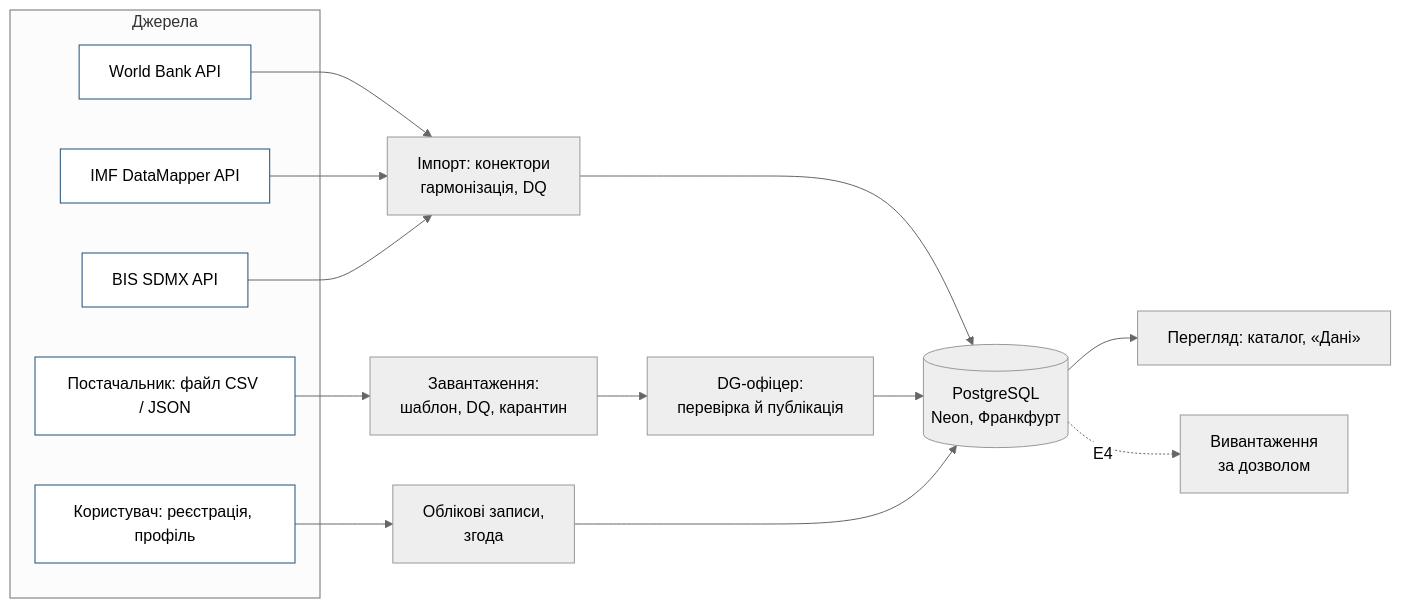
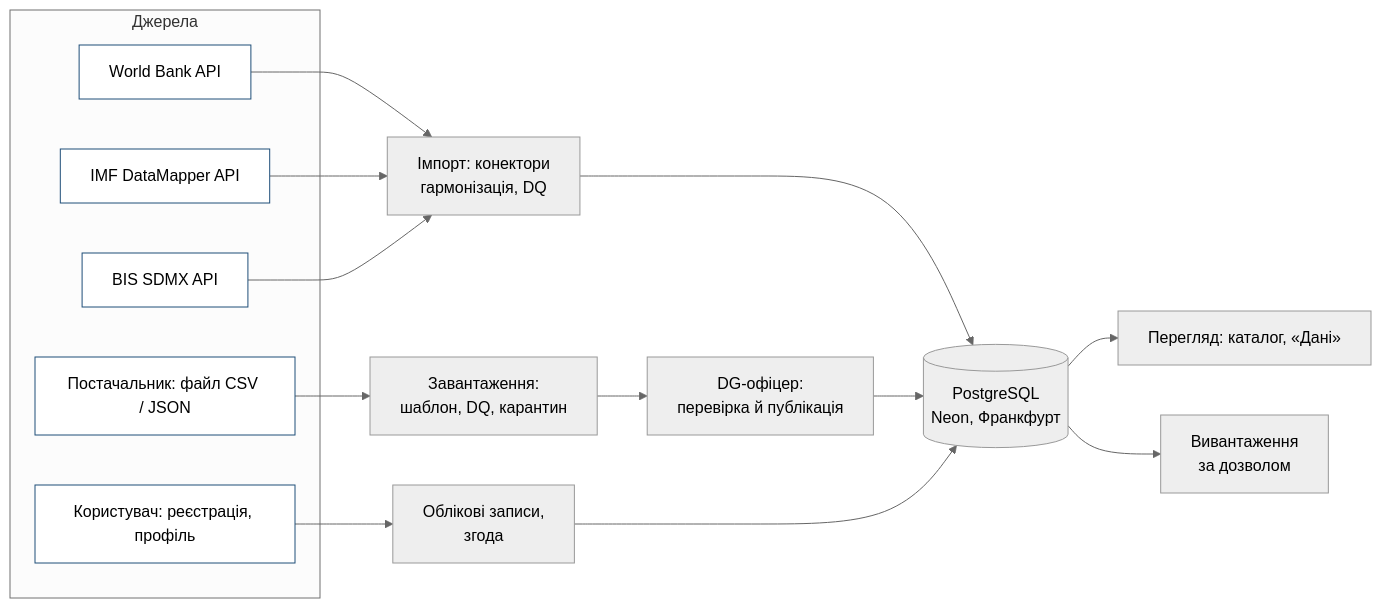
The diagram in docs/processes/05-data-flow.md (andra023best/gedh), drawn with Mermaid (neutral theme) before and after one commit. The commit also changed other lines of this file and 27 other files, not shown here.

````diff
--- a/docs/processes/05-data-flow.md
+++ b/docs/processes/05-data-flow.md
@@ -8,19 +8,19 @@
 ```mermaid
 flowchart LR
     subgraph Джерела
       WB[World Bank API]:::ext
       IMF[IMF DataMapper API]:::ext
       BIS[BIS SDMX API]:::ext
       PR[Постачальник: файл CSV / JSON]:::ext
       U[Користувач: реєстрація, профіль]:::ext
     end
     WB & IMF & BIS --> IMP[Імпорт: конектори\nгармонізація, DQ]
     PR --> UPL[Завантаження:\nшаблон, DQ, карантин]
     UPL --> DG[DG-офіцер:\nперевірка й публікація]
     IMP --> DB[(PostgreSQL\nNeon, Франкфурт)]
     DG --> DB
     U --> ID[Облікові записи,\nзгода] --> DB
     DB --> VIEW[Перегляд: каталог, «Дані»]
-    DB -. Е4 .-> EXP[Вивантаження\nза дозволом]
+    DB --> EXP[Вивантаження\nза дозволом]
     classDef ext fill:#fff,stroke:#1f4e79
 ```
````
